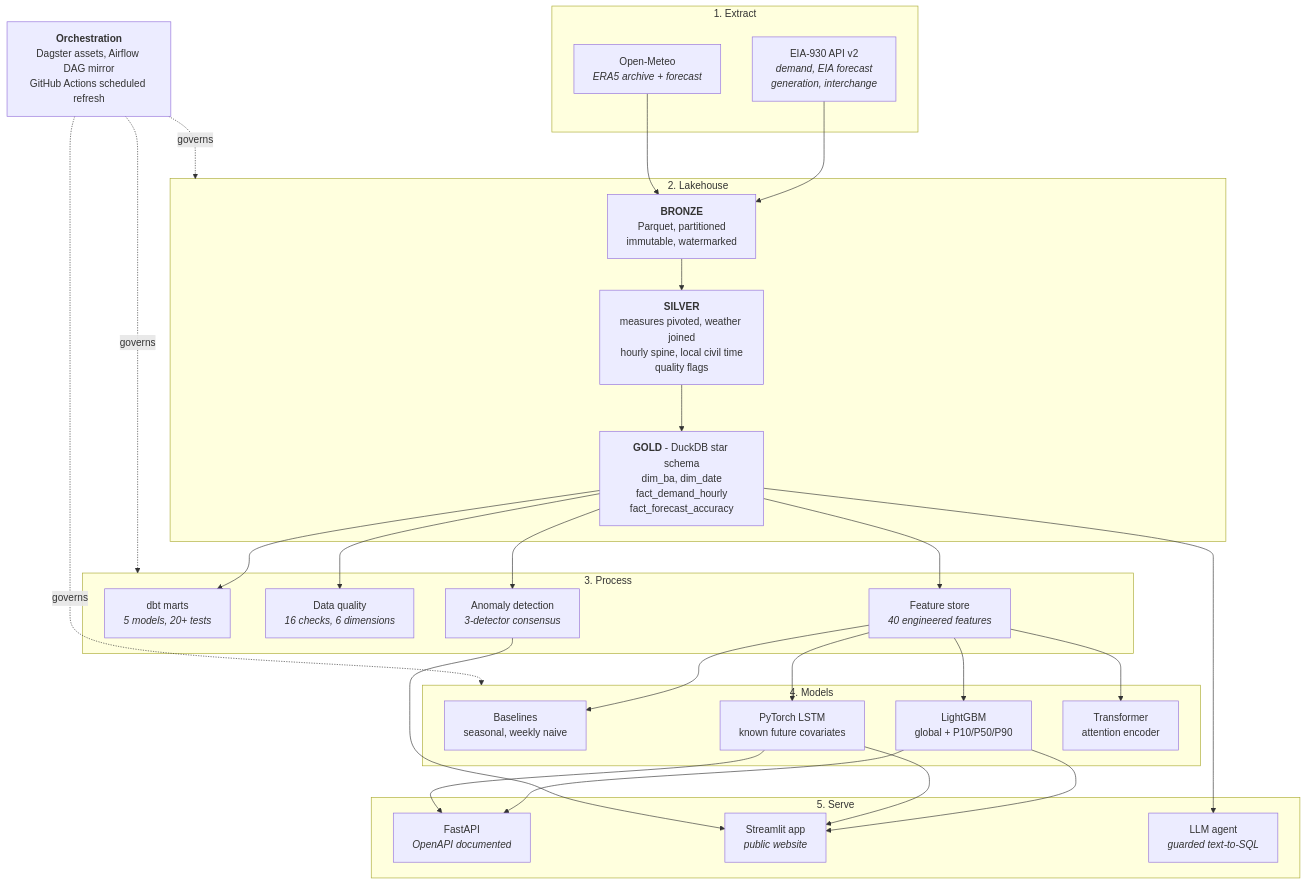
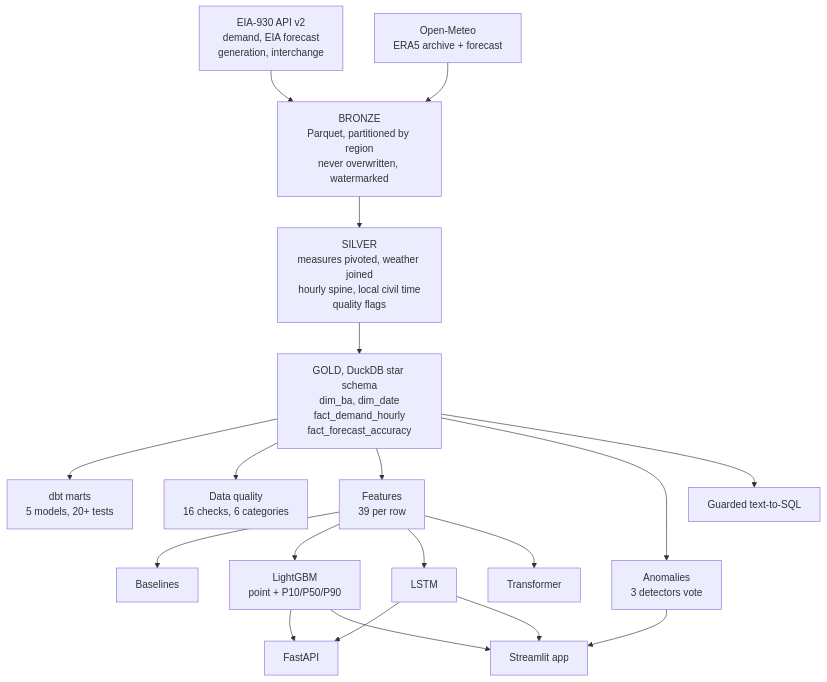
One commit to adwitiyashukla/gridpulse changed the diagram in README.md. Above: the diagram before and after it, drawn with Mermaid. The commit also changed other lines of this file and 2 other files, not shown here.

````diff
--- a/README.md
+++ b/README.md
@@ -60,47 +50,32 @@
 ```mermaid
 flowchart TD
-    subgraph EXTRACT["1. Extract"]
-        A1["EIA-930 API v2<br/><i>demand, EIA forecast<br/>generation, interchange</i>"]
-        A2["Open-Meteo<br/><i>ERA5 archive + forecast</i>"]
-    end
+    A1["EIA-930 API v2<br/>demand, EIA forecast<br/>generation, interchange"]
+    A2["Open-Meteo<br/>ERA5 archive + forecast"]
 
-    subgraph LAKE["2. Lakehouse"]
-        B1["<b>BRONZE</b><br/>Parquet, partitioned<br/>immutable, watermarked"]
-        B2["<b>SILVER</b><br/>measures pivoted, weather joined<br/>hourly spine, local civil time<br/>quality flags"]
-        B3["<b>GOLD</b> - DuckDB star schema<br/>dim_ba, dim_date<br/>fact_demand_hourly<br/>fact_forecast_accuracy"]
-    end
+    B1["BRONZE<br/>Parquet, partitioned by region<br/>never overwritten, watermarked"]
+    B2["SILVER<br/>measures pivoted, weather joined<br/>hourly spine, local civil time<br/>quality flags"]
+    B3["GOLD, DuckDB star schema<br/>dim_ba, dim_date<br/>fact_demand_hourly<br/>fact_forecast_accuracy"]
 
-    subgraph PROCESS["3. Process"]
-        C1["dbt marts<br/><i>5 models, 20+ tests</i>"]
-        C2["Data quality<br/><i>16 checks, 6 dimensions</i>"]
-        C3["Feature store<br/><i>40 engineered features</i>"]
-        C4["Anomaly detection<br/><i>3-detector consensus</i>"]
-    end
+    C1["dbt marts<br/>5 models, 20+ tests"]
+    C2["Data quality<br/>16 checks, 6 categories"]
+    C3["Features<br/>39 per row"]
+    C4["Anomalies<br/>3 detectors vote"]
 
-    subgraph ML["4. Models"]
-        D1["Baselines<br/>seasonal, weekly naive"]
-        D2["LightGBM<br/>global + P10/P50/P90"]
-        D3["PyTorch LSTM<br/>known future covariates"]
-        D4["Transformer<br/>attention encoder"]
-    end
+    D1["Baselines"]
+    D2["LightGBM<br/>point + P10/P50/P90"]
+    D3["LSTM"]
+    D4["Transformer"]
 
-    subgraph SERVE["5. Serve"]
-        E1["FastAPI<br/><i>OpenAPI documented</i>"]
-        E2["Streamlit app<br/><i>public website</i>"]
-        E3["LLM agent<br/><i>guarded text-to-SQL</i>"]
-    end
+    E1["FastAPI"]
+    E2["Streamlit app"]
+    E3["Guarded text-to-SQL"]
 
     A1 --> B1
     A2 --> B1
     B1 --> B2 --> B3
     B3 --> C1 & C2 & C3 & C4
     C3 --> D1 & D2 & D3 & D4
     D2 & D3 --> E1 & E2
     B3 --> E3
     C4 --> E2
-
-    ORCH["<b>Orchestration</b><br/>Dagster assets, Airflow DAG mirror<br/>GitHub Actions scheduled refresh"]
-    ORCH -.governs.-> LAKE
-    ORCH -.governs.-> PROCESS
-    ORCH -.governs.-> ML
 ```
````
